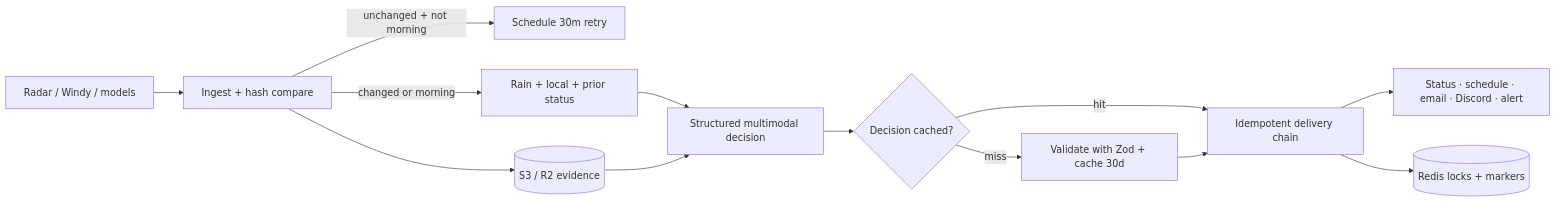
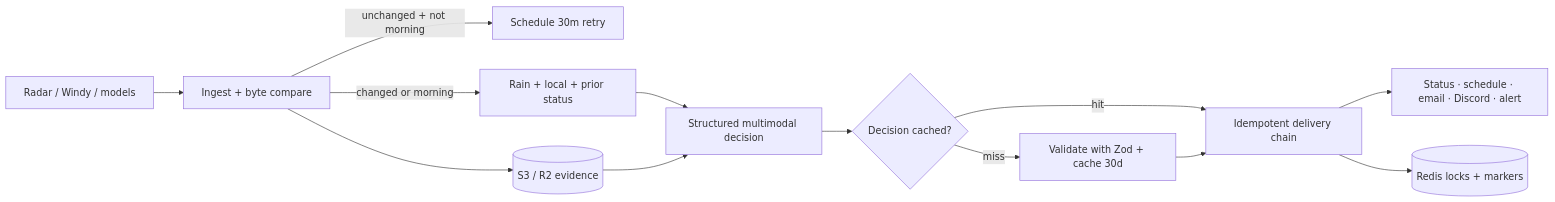
Before and after one commit to aneeshpatne/mausam3.0: the first of 3 diagrams in README.md, drawn with Mermaid. The commit also changed other lines of this file, not shown here.

````diff
--- a/README.md
+++ b/README.md
@@ -82,15 +98,15 @@
 ```mermaid
 flowchart LR
-  SRC[Radar / Windy / models] --> ING[Ingest + hash compare]
+  SRC[Radar / Windy / models] --> ING[Ingest + byte compare]
   ING -->|unchanged + not morning| RETRY[Schedule 30m retry]
   ING -->|changed or morning| CTX[Rain + local + prior status]
   CTX --> AI[Structured multimodal decision]
   AI --> CACHE{Decision cached?}
   CACHE -->|miss| MODEL[Validate with Zod + cache 30d]
   CACHE -->|hit| DEL
   MODEL --> DEL[Idempotent delivery chain]
   DEL --> OUT[Status · schedule · email · Discord · alert]
   DEL --> REDIS[(Redis locks + markers)]
   ING --> S3[(S3 / R2 evidence)]
   S3 --> AI
 ```
````
